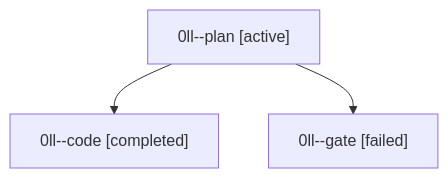
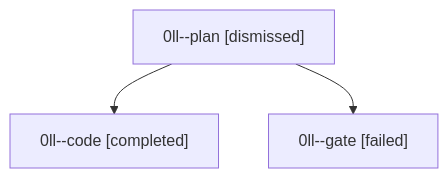
Before and after one commit to sase-org/sase--agents: the diagram in sessions/bbugyi200.athena.0ll.md, drawn with Mermaid. The commit also changed other lines of this file and 30 other files, not shown here.

````diff
--- a/sessions/bbugyi200.athena.0ll.md
+++ b/sessions/bbugyi200.athena.0ll.md
@@ -9,8 +9,8 @@
 ```mermaid
 flowchart TD
-  n0["0ll--plan [active]"]
+  n0["0ll--plan [dismissed]"]
   n1["0ll--code [completed]"]
   n0 --> n1
   n2["0ll--gate [failed]"]
   n0 --> n2
 ```
````
